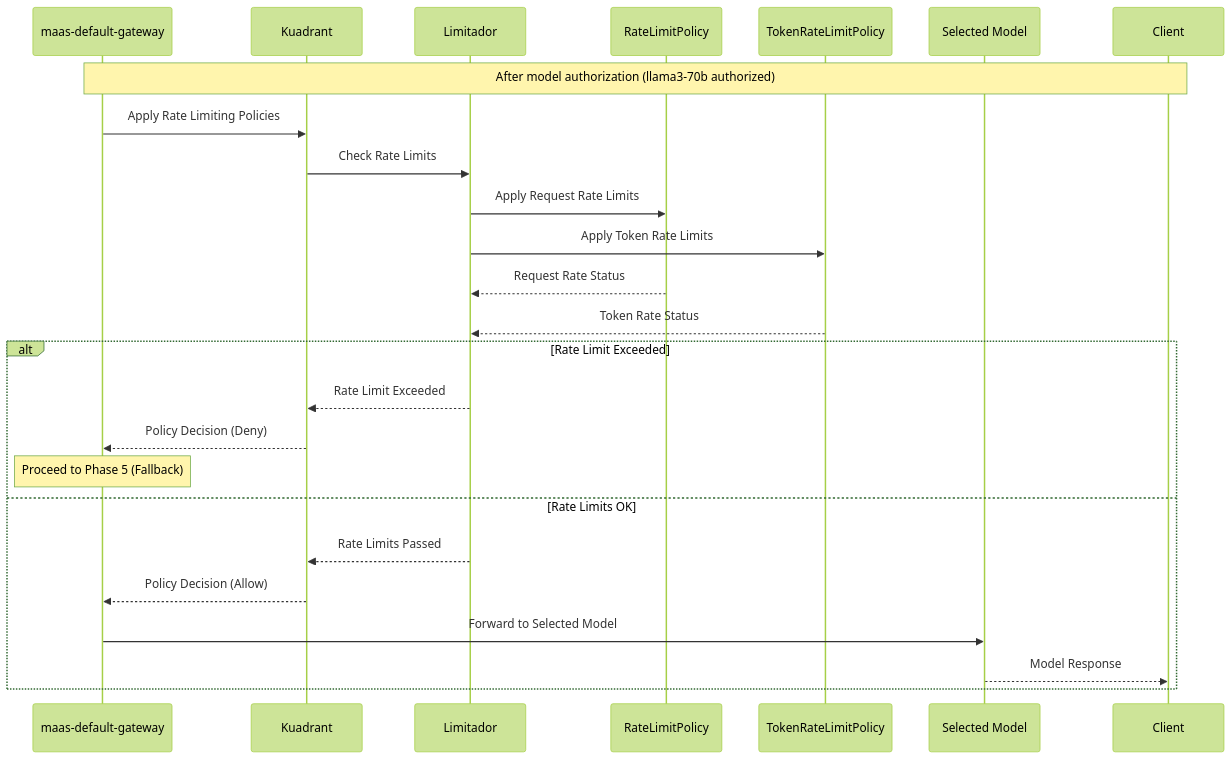
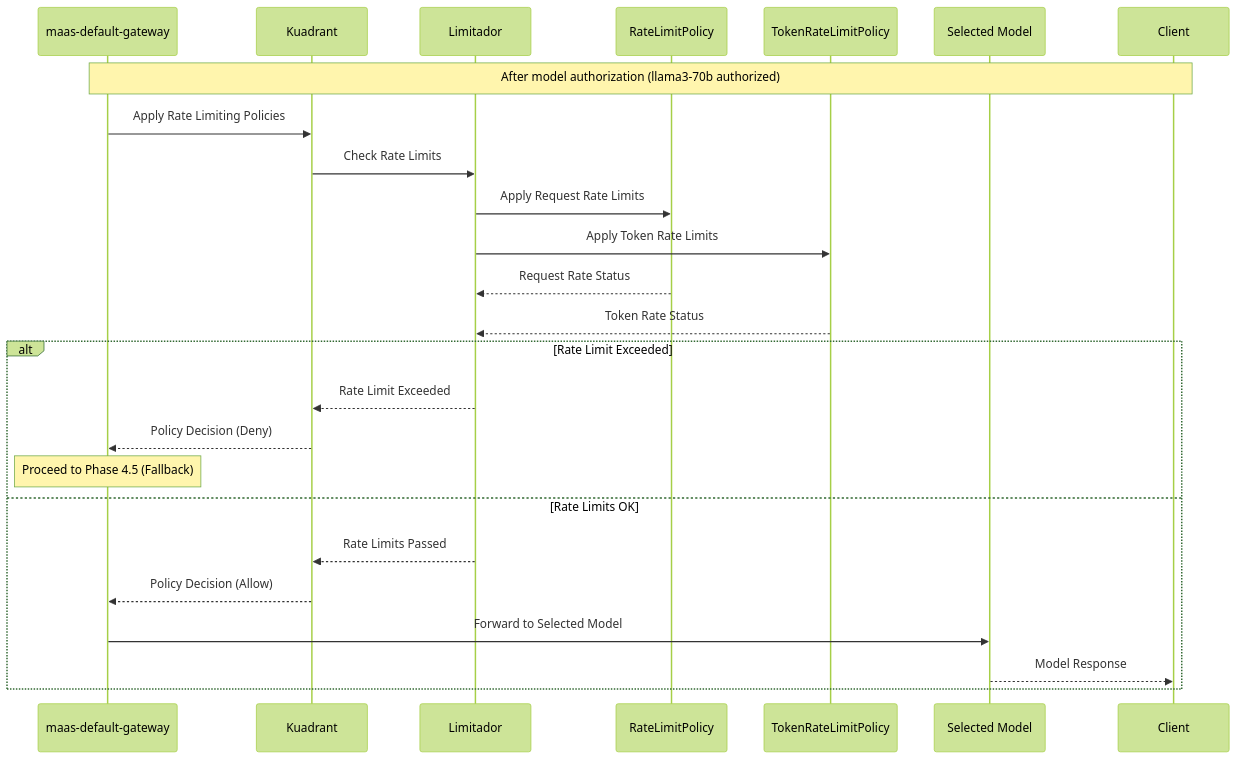
One commit to noyitz/maas-billing changed diagram 12 of 14 in docs/designs/vSR-Integration/README.md. Above: the diagram before and after it, drawn with Mermaid (forest theme). The commit also changed other lines of this file and 2 other files, not shown here.

````diff
--- a/docs/designs/vSR-Integration/README.md
+++ b/docs/designs/vSR-Integration/README.md
@@ -456,29 +456,29 @@
 ```mermaid
 sequenceDiagram
     participant Gateway as maas-default-gateway
     participant Kuadrant
     participant Limitador
     participant RateLimitPolicy
     participant TokenRateLimitPolicy
     participant KServe as Selected Model
     participant Client
     
     Note over Gateway,Client: After model authorization (llama3-70b authorized)
     Gateway->>Kuadrant: Apply Rate Limiting Policies
     Kuadrant->>Limitador: Check Rate Limits
     Limitador->>RateLimitPolicy: Apply Request Rate Limits
     Limitador->>TokenRateLimitPolicy: Apply Token Rate Limits
     RateLimitPolicy-->>Limitador: Request Rate Status
     TokenRateLimitPolicy-->>Limitador: Token Rate Status
     
     alt Rate Limit Exceeded
         Limitador-->>Kuadrant: Rate Limit Exceeded
         Kuadrant-->>Gateway: Policy Decision (Deny)
-        Note over Gateway: Proceed to Phase 5 (Fallback)
+        Note over Gateway: Proceed to Phase 4.5 (Fallback)
     else Rate Limits OK
         Limitador-->>Kuadrant: Rate Limits Passed
         Kuadrant-->>Gateway: Policy Decision (Allow)
         Gateway->>KServe: Forward to Selected Model
         KServe-->>Client: Model Response
     end
 ```
````
